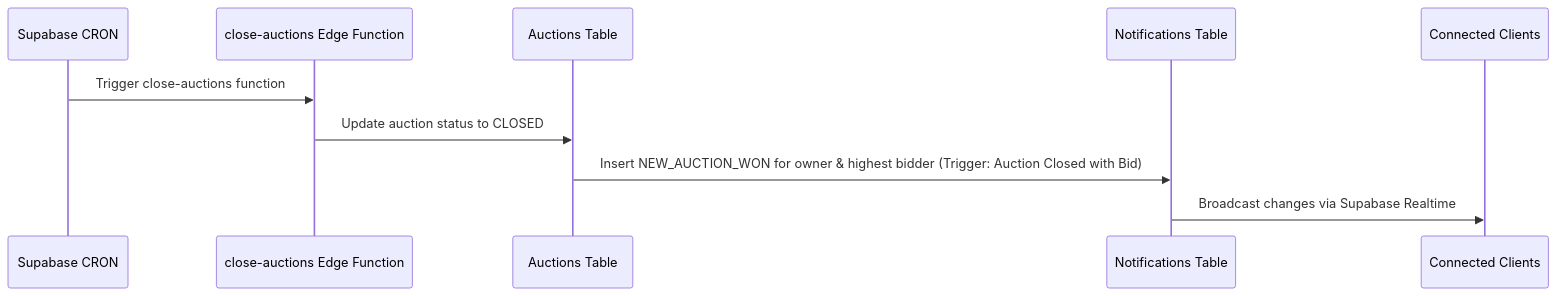
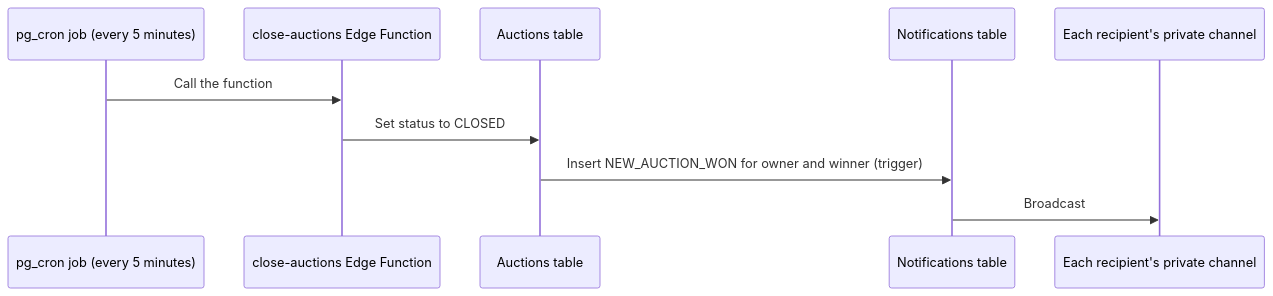
The second of 3 diagrams in README.md (SiegfriedBz/Next-Auctions), drawn with Mermaid before and after one commit. The commit also changed other lines of this file, not shown here.

````diff
--- a/README.md
+++ b/README.md
@@ -169,13 +121,13 @@
 ```mermaid
 sequenceDiagram
-    participant CRON as Supabase CRON
+    participant Scheduler as pg_cron job (every 5 minutes)
     participant Edge as close-auctions Edge Function
-    participant Auctions as Auctions Table
-    participant Notifications as Notifications Table
-    participant Clients as Connected Clients
+    participant Auctions as Auctions table
+    participant Notifications as Notifications table
+    participant Recipient as Each recipient's private channel
 
-    CRON ->> Edge: Trigger close-auctions function
-    Edge ->> Auctions: Update auction status to CLOSED
-    Auctions ->> Notifications: Insert NEW_AUCTION_WON for owner & highest bidder (Trigger: Auction Closed with Bid)
-    Notifications ->> Clients: Broadcast changes via Supabase Realtime
+    Scheduler ->> Edge: Call the function
+    Edge ->> Auctions: Set status to CLOSED
+    Auctions ->> Notifications: Insert NEW_AUCTION_WON for owner and winner (trigger)
+    Notifications ->> Recipient: Broadcast
 ```
````
